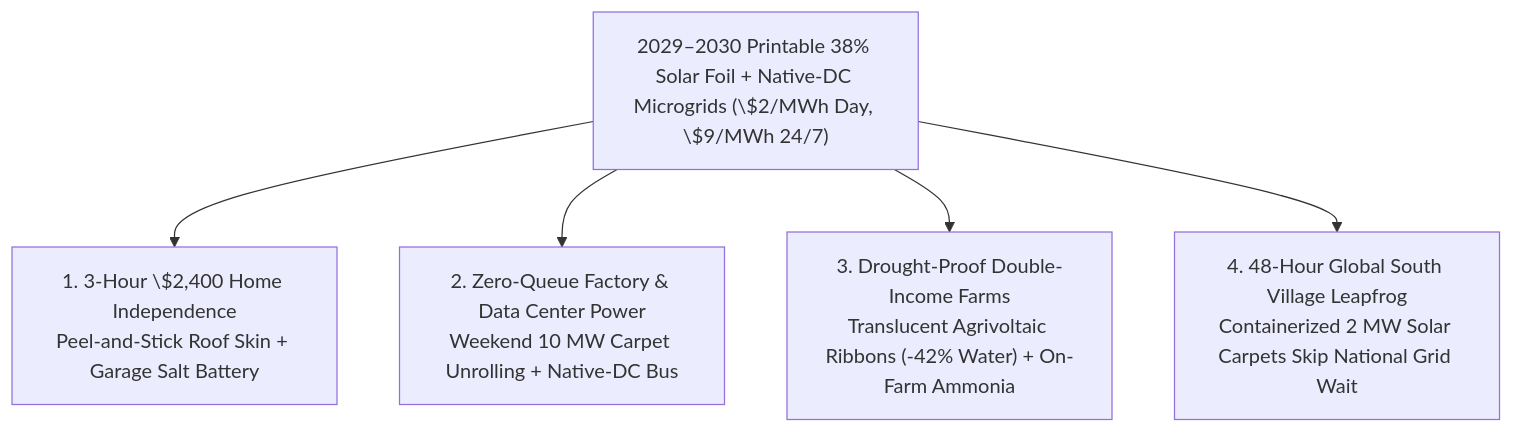
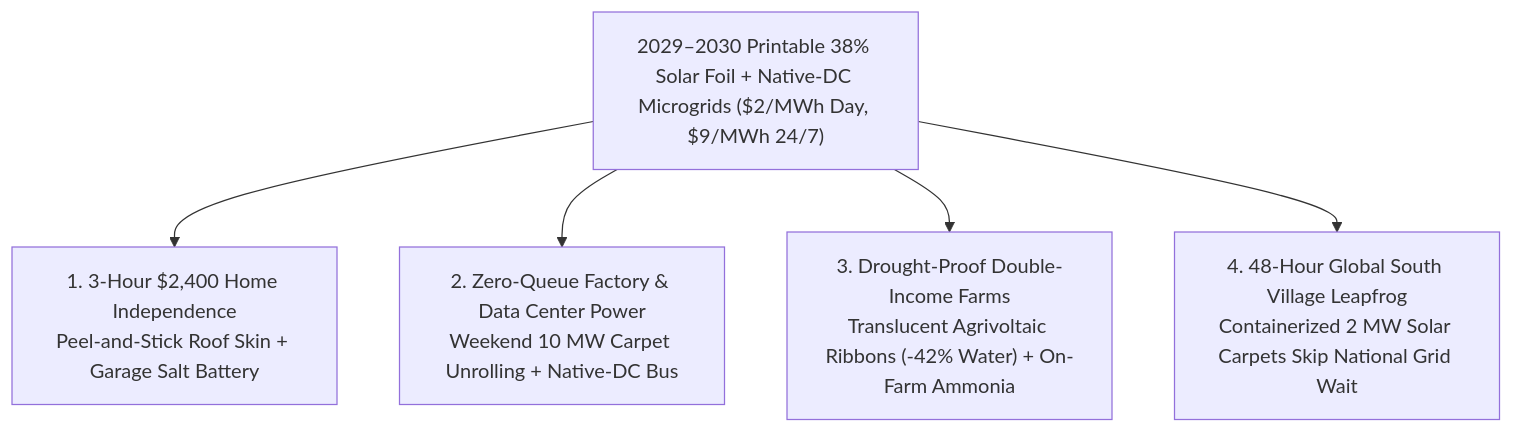
The second of 2 diagrams in vision-shorter-02-abundant-energy/02-terrestrial-solar/REPORT.md (d-10-g/OneOfMany), drawn with Mermaid before and after one commit. The commit also changed 23 other files, not shown here.

Commit message:
Fix Mermaid multi-subgraph blank-line parsing and KaTeX dollar escaping across all 85 pathways

````diff
--- a/vision-shorter-02-abundant-energy/02-terrestrial-solar/REPORT.md
+++ b/vision-shorter-02-abundant-energy/02-terrestrial-solar/REPORT.md
@@ -114,8 +114,8 @@
 ```mermaid
 flowchart TD
-    Core["2029–2030 Printable 38% Solar Foil + Native-DC Microgrids (\$2/MWh Day, \$9/MWh 24/7)"]
-    Core --> D1["1. 3-Hour \$2,400 Home Independence<br>Peel-and-Stick Roof Skin + Garage Salt Battery"]
+    Core["2029–2030 Printable 38% Solar Foil + Native-DC Microgrids ($2/MWh Day, $9/MWh 24/7)"]
+    Core --> D1["1. 3-Hour $2,400 Home Independence<br>Peel-and-Stick Roof Skin + Garage Salt Battery"]
     Core --> D2["2. Zero-Queue Factory & Data Center Power<br>Weekend 10 MW Carpet Unrolling + Native-DC Bus"]
     Core --> D3["3. Drought-Proof Double-Income Farms<br>Translucent Agrivoltaic Ribbons (-42% Water) + On-Farm Ammonia"]
     Core --> D4["4. 48-Hour Global South Village Leapfrog<br>Containerized 2 MW Solar Carpets Skip National Grid Wait"]
 ```
````
